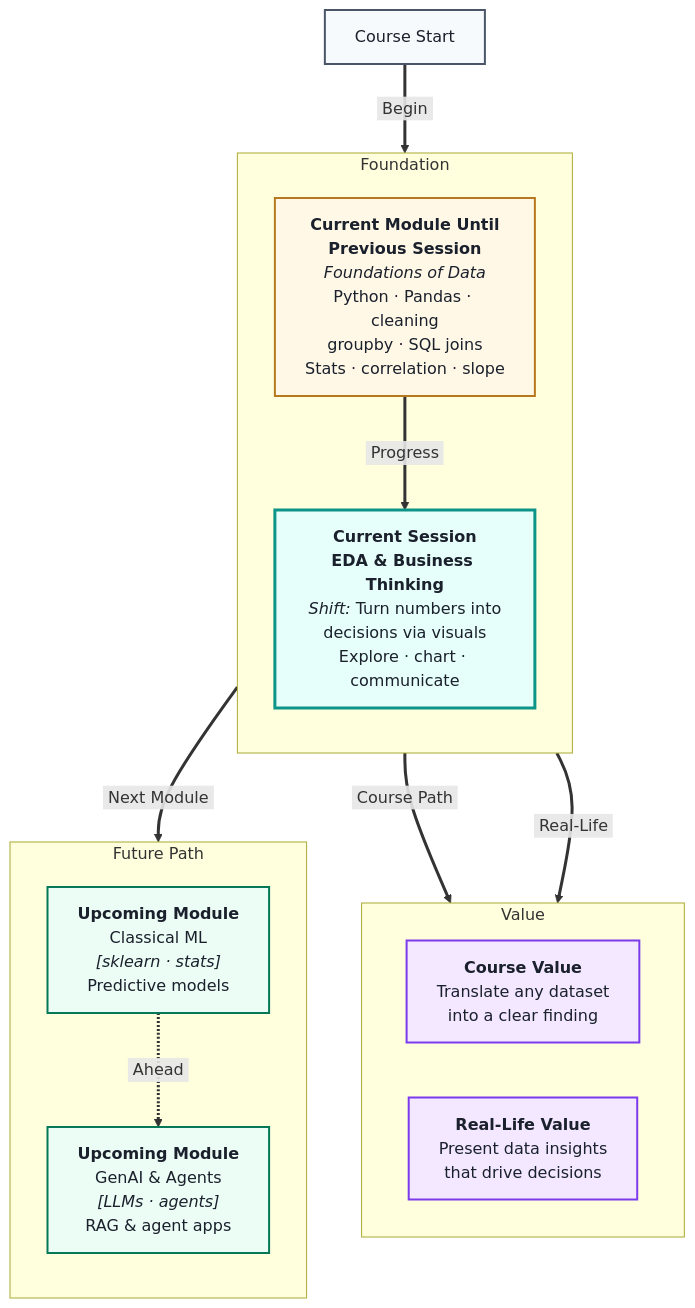
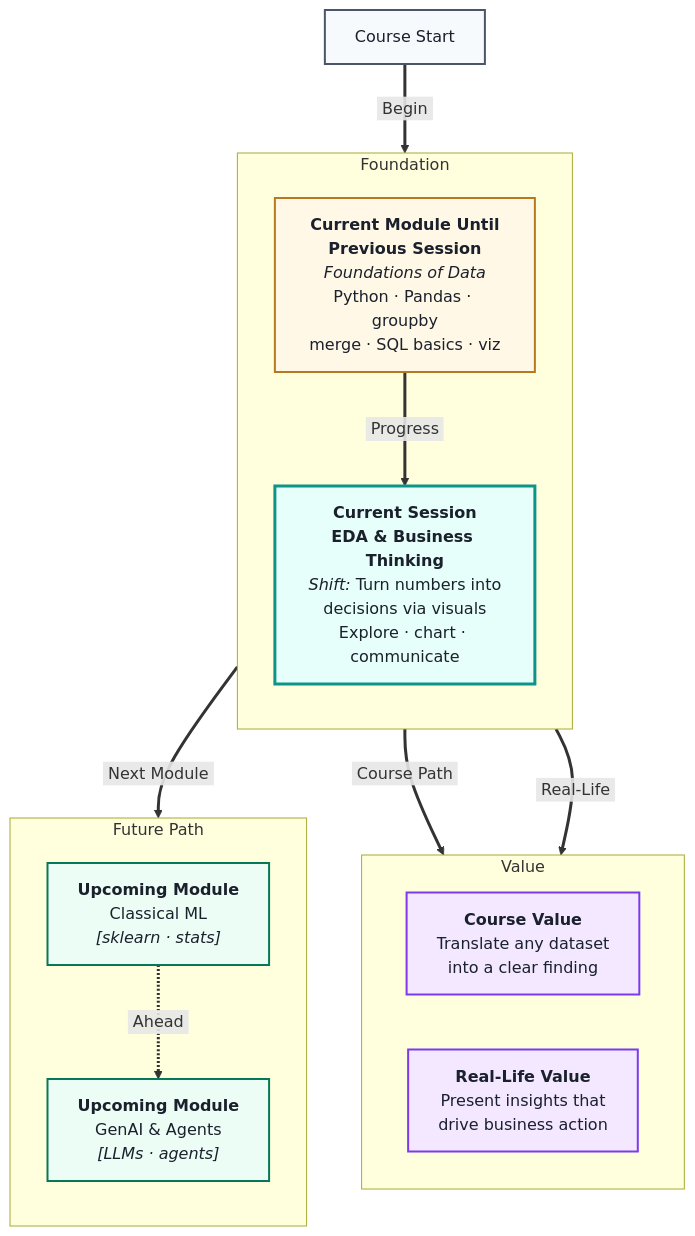
The first of 3 diagrams in IITP_AIML_Regional/IITP-AIMLT-2606/Module 1- Foundations of Data/Session 13- EDA & Business Thinking/pre-read: EDA & Business Thinking.md (ritzrmx/Masai_Curriculum), drawn with Mermaid before and after one commit. The commit also changed other lines of this file and 38 other files, not shown here.

````diff
--- a/IITP_AIML_Regional/IITP-AIMLT-2606/Module 1- Foundations of Data/Session 13- EDA & Business Thinking/pre-read: EDA & Business Thinking.md
+++ b/IITP_AIML_Regional/IITP-AIMLT-2606/Module 1- Foundations of Data/Session 13- EDA & Business Thinking/pre-read: EDA & Business Thinking.md
@@ -6,42 +6,36 @@
 ```mermaid
 %%{init: {'flowchart': {'nodeSpacing': 55, 'rankSpacing': 65, 'diagramPadding': 24}}}%%
 flowchart TB
 linkStyle default stroke-width:3px
-
 subgraph foundation[" Foundation "]
 direction TB
-    CURMOD["<b>Current Module Until<br/>Previous Session</b><br/><i>Foundations of Data</i><br/>Python · Pandas · cleaning<br/>groupby · SQL joins<br/>Stats · correlation · slope"]
+    CURMOD["<b>Current Module Until<br/>Previous Session</b><br/><i>Foundations of Data</i><br/>Python · Pandas · groupby<br/>merge · SQL basics · viz"]
     CURSES["<b>Current Session</b><br/><b>EDA & Business Thinking</b><br/><i>Shift:</i> Turn numbers into<br/>decisions via visuals<br/>Explore · chart · communicate"]
 end
-
 subgraph value[" Value "]
 direction LR
     CVAL["<b>Course Value</b><br/>Translate any dataset<br/>into a clear finding"]
-    RVAL["<b>Real-Life Value</b><br/>Present data insights<br/>that drive decisions"]
+    RVAL["<b>Real-Life Value</b><br/>Present insights that<br/>drive business action"]
 end
-
 subgraph future[" Future Path "]
 direction TB
-    U0["<b>Upcoming Module</b><br/>Classical ML<br/><i>[sklearn · stats]</i><br/>Predictive models"]
-    U1["<b>Upcoming Module</b><br/>GenAI & Agents<br/><i>[LLMs · agents]</i><br/>RAG & agent apps"]
+    U0["<b>Upcoming Module</b><br/>Classical ML<br/><i>[sklearn · stats]</i>"]
+    U1["<b>Upcoming Module</b><br/>GenAI & Agents<br/><i>[LLMs · agents]</i>"]
 end
-
 START["Course Start"] ==>|&nbsp;Begin&nbsp;| CURMOD
 CURMOD ==>|&nbsp;Progress&nbsp;| CURSES
 CURSES ==>|&nbsp;Course Path&nbsp;| CVAL
 CURSES ==>|&nbsp;Real-Life&nbsp;| RVAL
 CURSES ==>|&nbsp;Next Module&nbsp;| U0
 U0 -.->|&nbsp;Ahead&nbsp;| U1
-
-classDef prevBox fill:#E8F4FC,stroke:#2B6CB0,stroke-width:2px,color:#1A202C
 classDef curModBox fill:#FFF8E6,stroke:#B7791F,stroke-width:2px,color:#1A202C
 classDef curSessBox fill:#E6FFFA,stroke:#0D9488,stroke-width:3px,color:#1A202C
 classDef valueBox fill:#F3E8FF,stroke:#7C3AED,stroke-width:2px,color:#1A202C
 classDef futureBox fill:#ECFDF5,stroke:#047857,stroke-width:2px,color:#1A202C
 classDef startBox fill:#F7FAFC,stroke:#4A5568,stroke-width:2px,color:#1A202C
 class START startBox
 class CURMOD curModBox
 class CURSES curSessBox
 class CVAL,RVAL valueBox
 class U0,U1 futureBox
 ```
````
